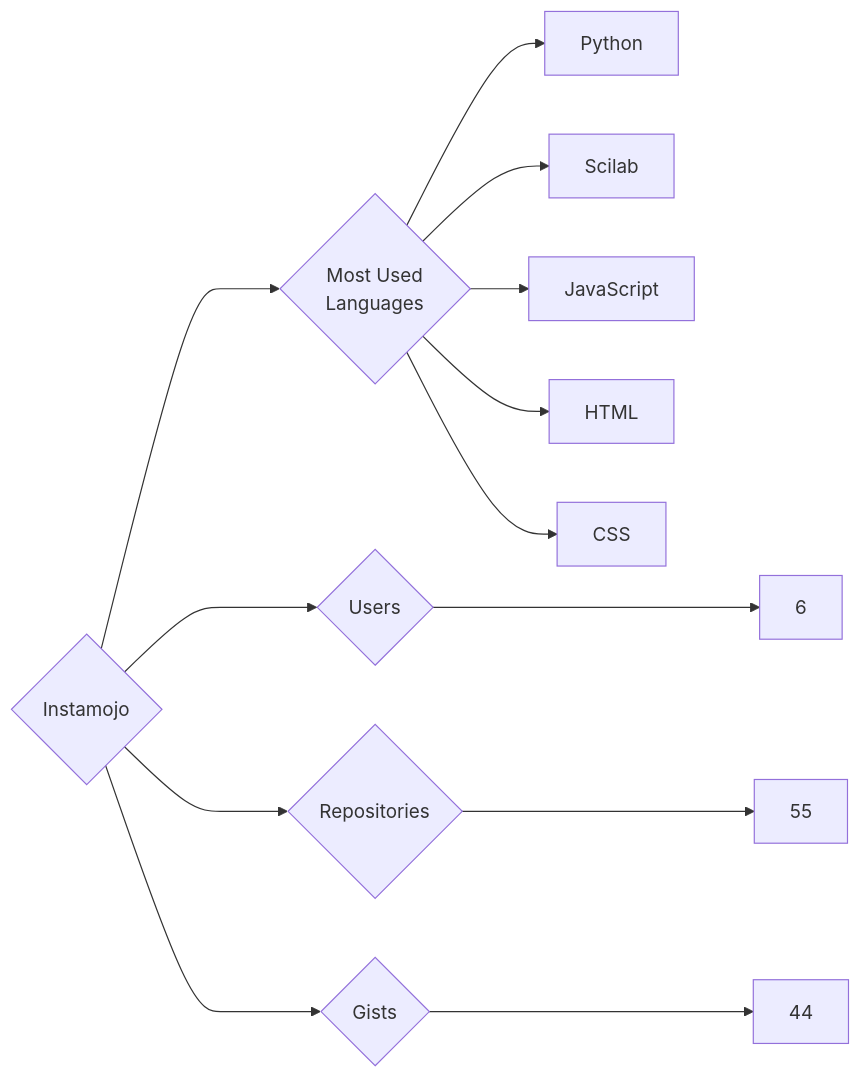
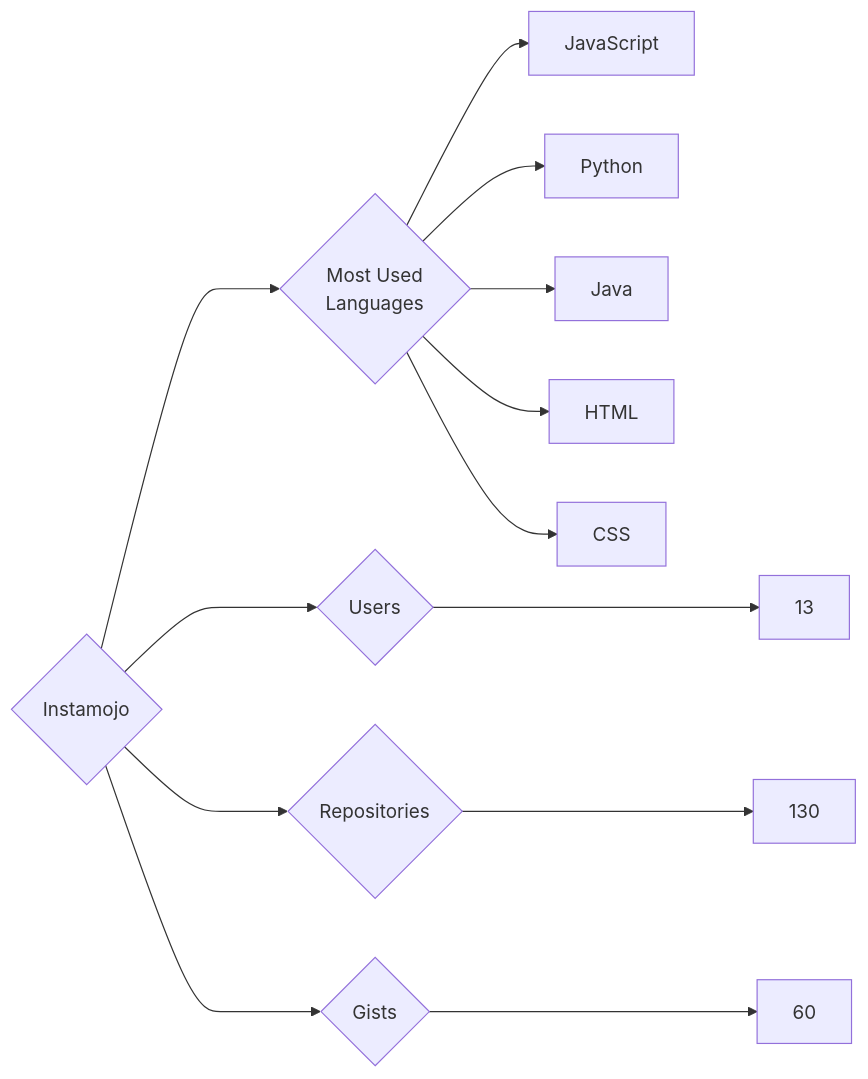
The diagram in targets/Instamojo/README.md (trickest/insiders), drawn with Mermaid before and after one commit. The commit also changed 894 other files, not shown here.

````diff
--- a/targets/Instamojo/README.md
+++ b/targets/Instamojo/README.md
@@ -3,13 +3,13 @@
 ```mermaid
 graph LR
 COMPANY_NAME{Instamojo}
-COMPANY_NAME ---> U{Users} ---> UN[6]
-COMPANY_NAME ---> R{Repositories} ---> RN[55]
-COMPANY_NAME ---> G{Gists} ---> GN[44]
+COMPANY_NAME ---> U{Users} ---> UN[13]
+COMPANY_NAME ---> R{Repositories} ---> RN[130]
+COMPANY_NAME ---> G{Gists} ---> GN[60]
 COMPANY_NAME ---> ML{Most Used<br>Languages}
+ML --> JavaScript[JavaScript]
 ML --> Python[Python]
-ML --> Scilab[Scilab]
-ML --> JavaScript[JavaScript]
+ML --> Java[Java]
 ML --> HTML[HTML]
 ML --> CSS[CSS]
 ```
````
